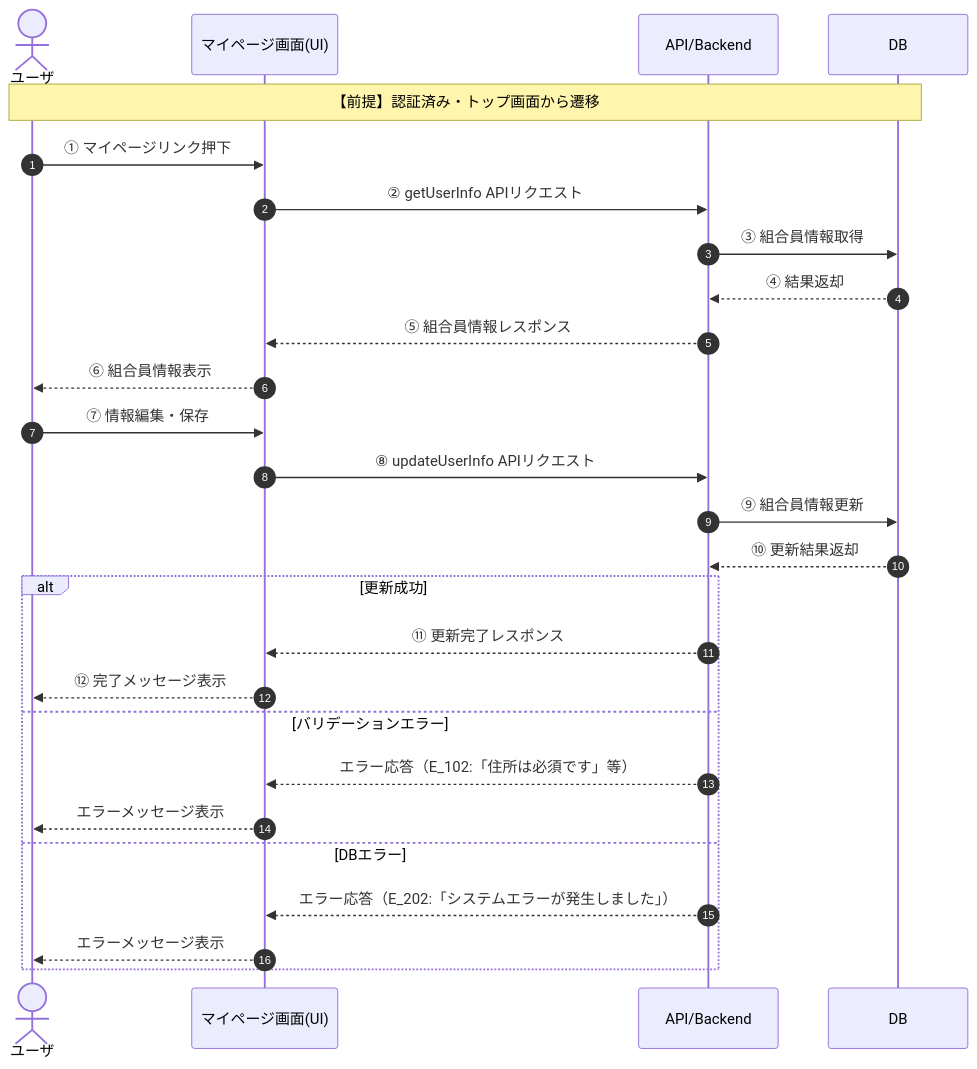
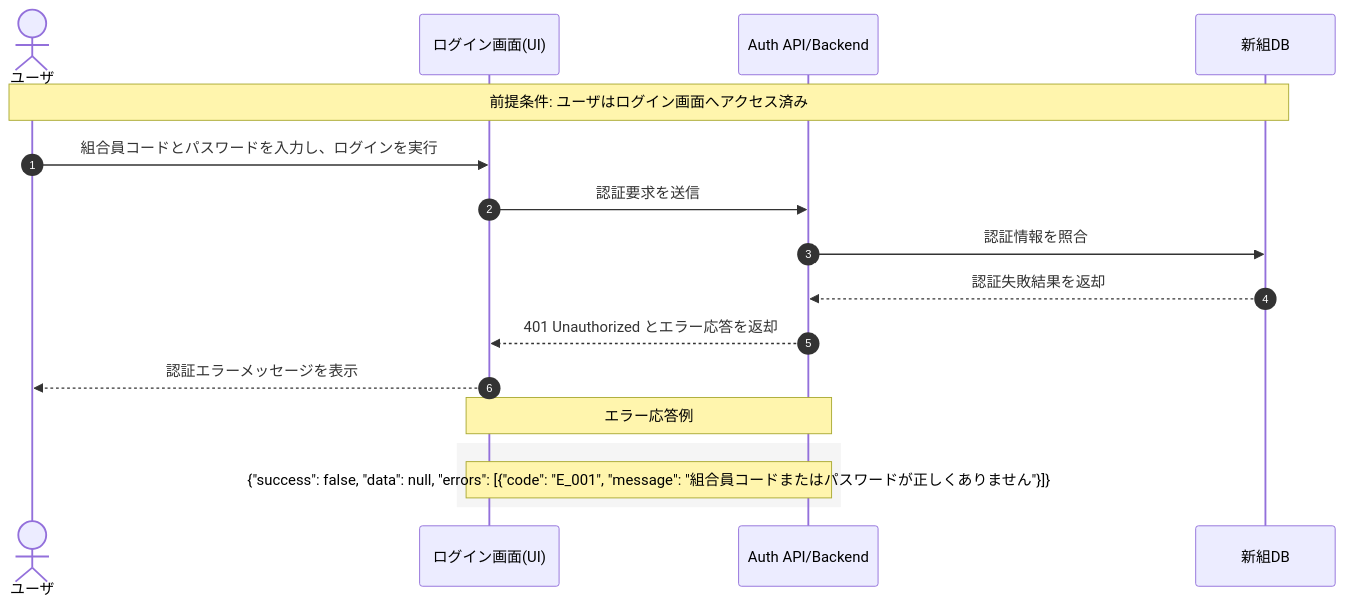
The fourth of 4 diagrams in docs/ED/product/sequence_diagram.md (shimizuk-nttdatatohoku/genai_in_business), drawn with Mermaid before and after one commit. The commit also changed other lines of this file, not shown here.

````diff
--- a/docs/ED/product/sequence_diagram.md
+++ b/docs/ED/product/sequence_diagram.md
@@ -103,32 +86,22 @@
 ```mermaid
 sequenceDiagram
     autonumber
     actor User as ユーザ
-    participant UI as マイページ画面(UI)
-    participant API as API/Backend
-    participant DB as DB
+    participant UI as ログイン画面(UI)
+    participant API as Auth API/Backend
+    participant DB as 新組DB
 
-    Note over User,DB: 【前提】認証済み・トップ画面から遷移
+    Note over User,DB: 前提条件: ユーザはログイン画面へアクセス済み
 
-    User->>UI: ① マイページリンク押下
-    UI->>API: ② getUserInfo APIリクエスト
-    API->>DB: ③ 組合員情報取得
-    DB-->>API: ④ 結果返却
-    API-->>UI: ⑤ 組合員情報レスポンス
-    UI-->>User: ⑥ 組合員情報表示
+    User->>UI: 組合員コードとパスワードを入力し、ログインを実行
+    UI->>API: 認証要求を送信
+    API->>DB: 認証情報を照合
+    DB-->>API: 認証失敗結果を返却
+    API-->>UI: 401 Unauthorized とエラー応答を返却
+    UI-->>User: 認証エラーメッセージを表示
 
-    User->>UI: ⑦ 情報編集・保存
-    UI->>API: ⑧ updateUserInfo APIリクエスト
-    API->>DB: ⑨ 組合員情報更新
-    DB-->>API: ⑩ 更新結果返却
-    alt 更新成功
-        API-->>UI: ⑪ 更新完了レスポンス
-        UI-->>User: ⑫ 完了メッセージ表示
-    else バリデーションエラー
-        API-->>UI: エラー応答（E_102:「住所は必須です」等）
-        UI-->>User: エラーメッセージ表示
-    else DBエラー
-        API-->>UI: エラー応答（E_202:「システムエラーが発生しました」）
-        UI-->>User: エラーメッセージ表示
+    Note over API,UI: エラー応答例
+    rect rgb(245, 245, 245)
+        Note over API,UI: {"success": false, "data": null, "errors": [{"code": "E_001", "message": "組合員コードまたはパスワードが正しくありません"}]}
     end
 ```
````
